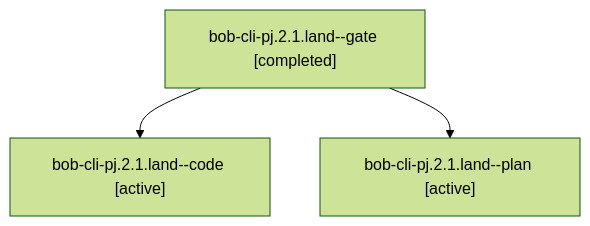
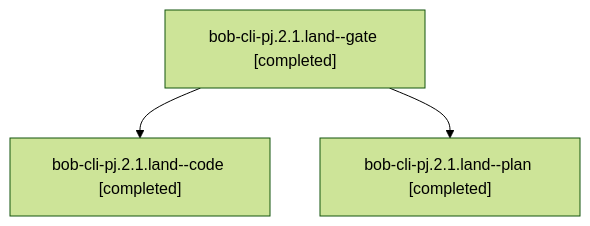
Before and after one commit to bobs-org/bob-cli--agents: the diagram in sessions/bbugyi200.athena.bob-cli-pj.2.1.land.md, drawn with Mermaid (forest theme). The commit also changed other lines of this file and 24 other files, not shown here.

````diff
--- a/sessions/bbugyi200.athena.bob-cli-pj.2.1.land.md
+++ b/sessions/bbugyi200.athena.bob-cli-pj.2.1.land.md
@@ -9,8 +9,8 @@
 ```mermaid
 flowchart TD
   n0["bob-cli-pj.2.1.land--gate [completed]"]
-  n1["bob-cli-pj.2.1.land--code [active]"]
+  n1["bob-cli-pj.2.1.land--code [completed]"]
   n0 --> n1
-  n2["bob-cli-pj.2.1.land--plan [active]"]
+  n2["bob-cli-pj.2.1.land--plan [completed]"]
   n0 --> n2
 ```
````
